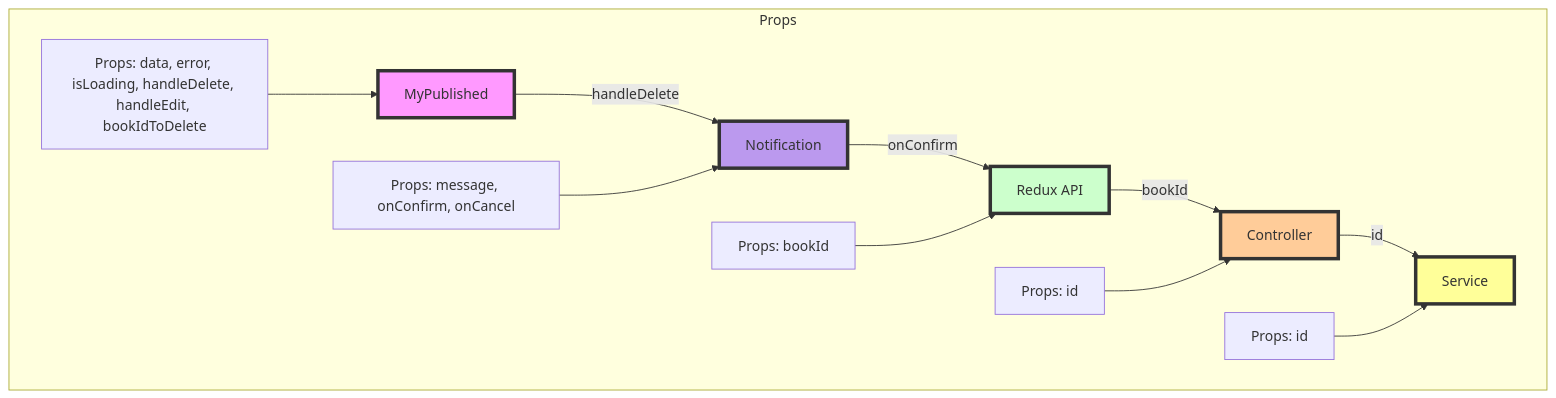
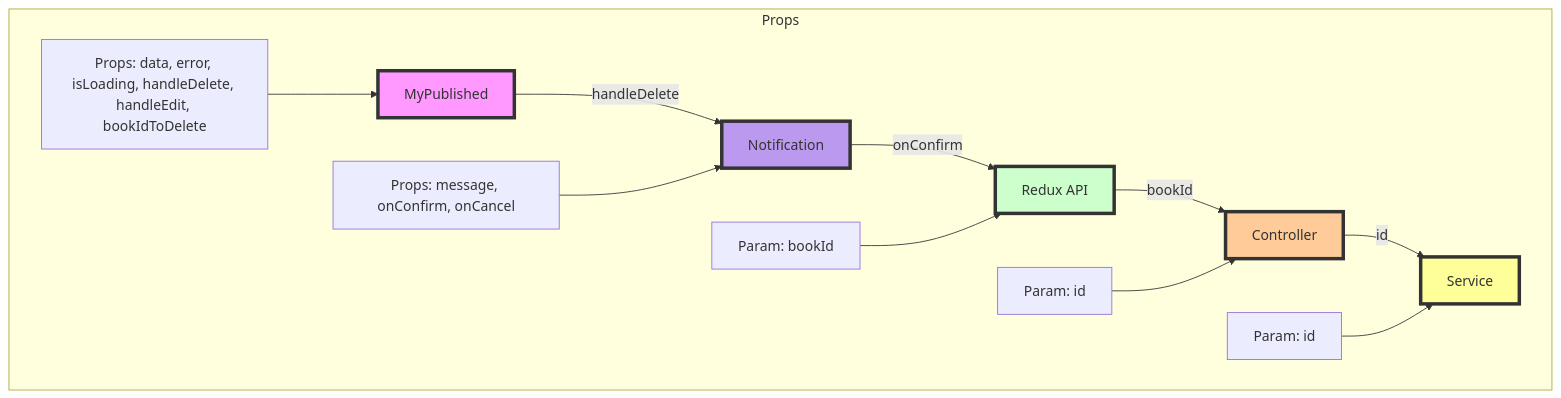
Before and after one commit to FernandoMoyano/EcoReaders: the third of 5 diagrams in client/README.md, drawn with Mermaid. The commit also changed other lines of this file, not shown here.

Commit message:
Diagrama de flujo, obtencion de los libros por usuario

````diff
--- a/client/README.md
+++ b/client/README.md
@@ -166,32 +166,32 @@
 ```mermaid
 graph TD
     %% Definición de los componentes
     A[MyPublished]
     B[Notification]
     C[Redux API ]
     D[Controller ]
     E[Service ]
 
     %% Conexiones
     A -->|handleDelete| B
     B -->|onConfirm| C
     C -->|bookId| D
     D -->|id| E
 
     %% Detalles de los Props
     subgraph Props
         A1[Props: data, error, isLoading, handleDelete, handleEdit, bookIdToDelete] --> A
         B1[Props: message, onConfirm, onCancel] --> B
-        C1[Props: bookId] --> C
-        D1[Props: id] --> D
-        E1[Props: id] --> E
+        C1[Param: bookId] --> C
+        D1[Param: id] --> D
+        E1[Param: id] --> E
     end
 
     %% Estilos
     style A fill:#f9f,stroke:#333,stroke-width:4px
     style B fill:#b9e,stroke:#333,stroke-width:4px
     style C fill:#cfc,stroke:#333,stroke-width:4px
     style D fill:#fc9,stroke:#333,stroke-width:4px
     style E fill:#ff9,stroke:#333,stroke-width:4px
 
 ```
````
